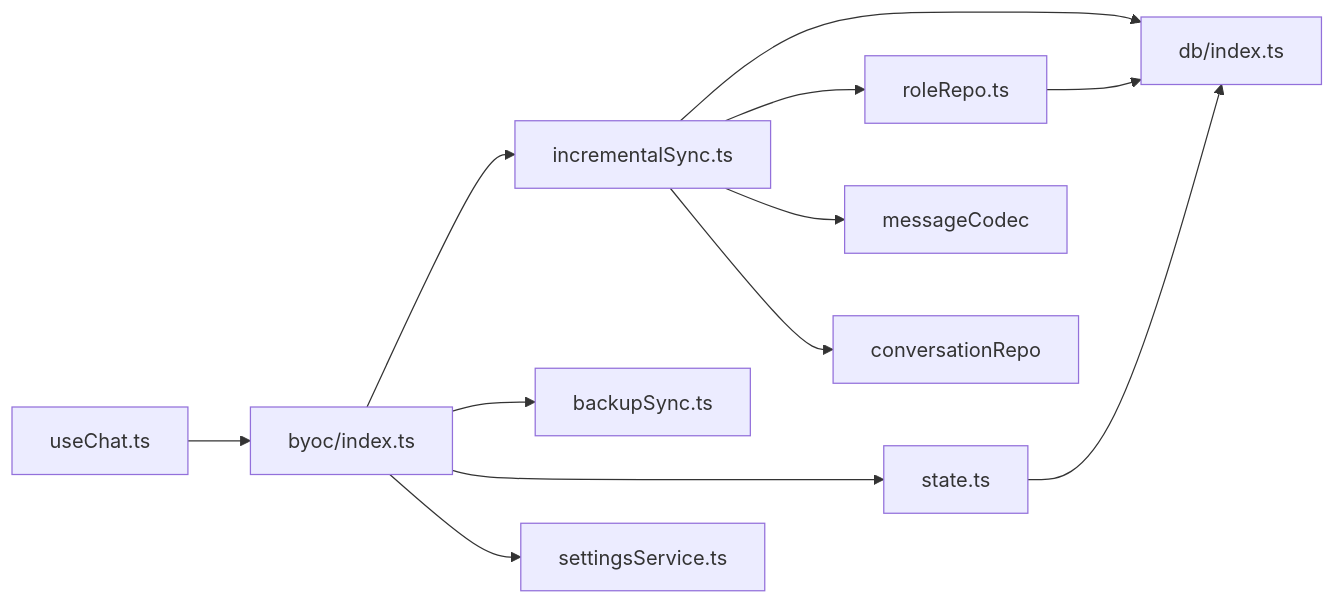
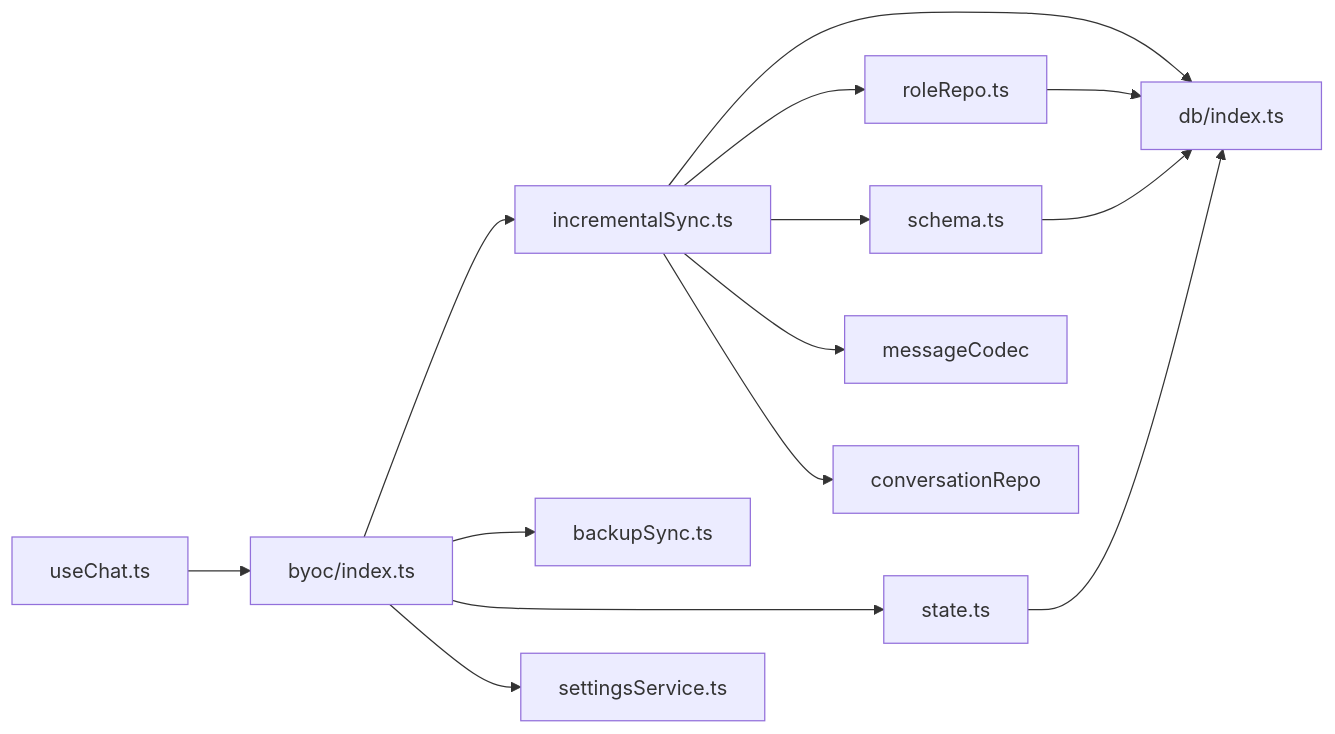
Before and after one commit to billye220670/AIShop: the sixth of 6 diagrams in .qoder/repowiki/zh/content/数据持久化/BYOC云同步系统.md, drawn with Mermaid. The commit also changed other lines of this file and 44 other files, not shown here.

First line of the commit message:
feat: 图片全屏查看器手势缩放 + 用户图片直出与库图片预览接入

````diff
--- a/.qoder/repowiki/zh/content/数据持久化/BYOC云同步系统.md
+++ b/.qoder/repowiki/zh/content/数据持久化/BYOC云同步系统.md
@@ -325,14 +332,16 @@
 ```mermaid
 graph LR
 IDX["byoc/index.ts"] --> INC["incrementalSync.ts"]
 IDX --> BAK["backupSync.ts"]
 IDX --> ST["state.ts"]
 IDX --> CFG["settingsService.ts"]
 INC --> DB["db/index.ts"]
 INC --> ROLE["roleRepo.ts"]
+INC --> ASSET["schema.ts"]
 INC --> MSGC["messageCodec"]
 INC --> CONV["conversationRepo"]
 ST --> DB
 ROLE --> DB
+ASSET --> DB
 USECHAT["useChat.ts"] --> IDX
 ```
````
